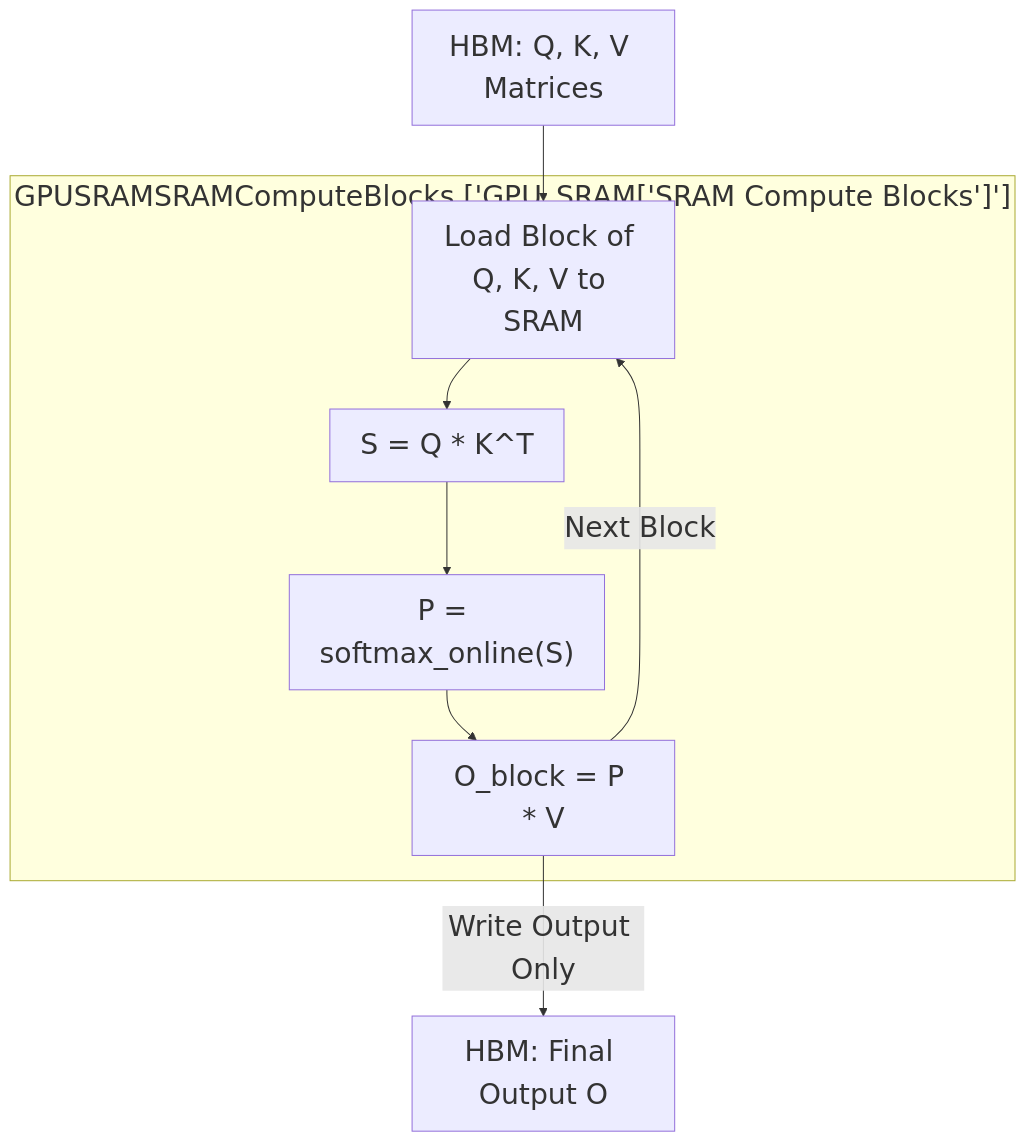
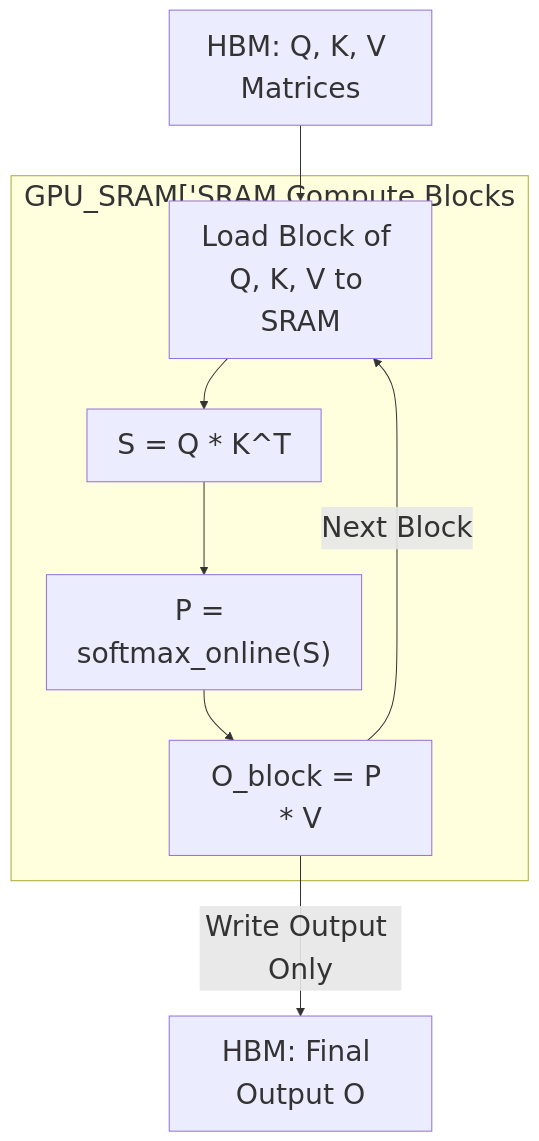
One commit to j4flmao/agent-skills changed the diagram in skills/hardware-acceleration/flash-attention/SKILL.md. Above: the diagram before and after it, drawn with Mermaid. The commit also changed 38 other files, not shown here.

Commit message:
style(skills): Add padding to Mermaid subgraphs to prevent label overlap with nodes

````diff
--- a/skills/hardware-acceleration/flash-attention/SKILL.md
+++ b/skills/hardware-acceleration/flash-attention/SKILL.md
@@ -25,19 +25,19 @@
 ```mermaid
 %%{init: {"theme": "default", "themeVariables": {"fontSize": "28px"}, "flowchart": {"useMaxWidth": false}}}%%
 flowchart TD
     HBM_QKV["HBM: Q, K, V Matrices"]
-    subgraph GPUSRAMSRAMComputeBlocksGPUSRAMSRAMComputeBlocks ["GPUSRAMSRAMComputeBlocks ['GPU_SRAM['SRAM Compute Blocks']']"]
+    subgraph GPUSRAMSRAMComputeBlocksGPUSRAMSRAMComputeBlocks ["GPU_SRAM['SRAM Compute Blocks<br/>"]
         TileLoad["Load Block of Q, K, V to SRAM"]
         DotProd["S = Q * K^T"]
         Softmax["P = softmax_online(S)"]
         Attention["O_block = P * V"]
     end
     HBM_Out["HBM: Final Output O"]
 
     HBM_QKV --> TileLoad
     TileLoad --> DotProd
     DotProd --> Softmax
     Softmax --> Attention
     Attention -->|Write Output Only| HBM_Out
     Attention -->|Next Block| TileLoad
 ```
````
